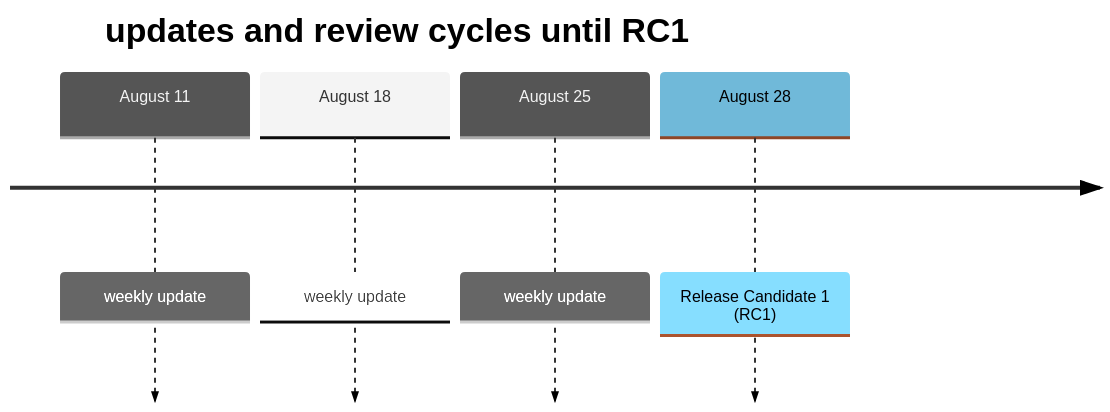
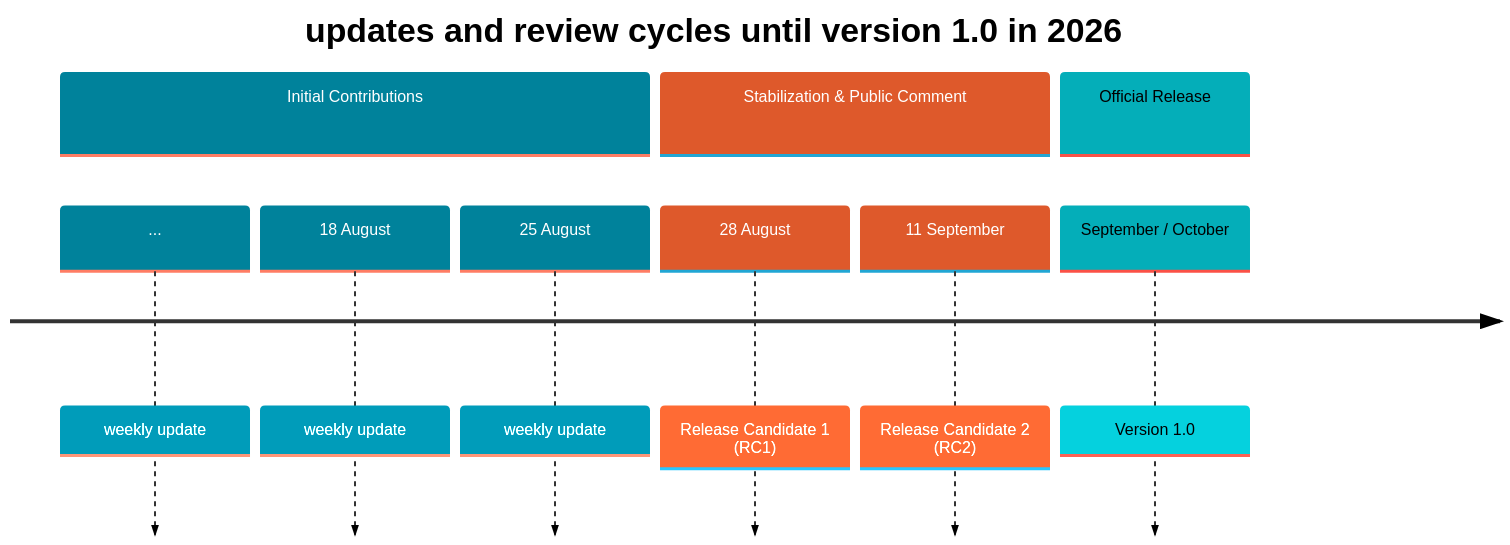
The second of 2 diagrams in CONTRIBUTING.md (OpenChain-Project/CRA-Compliance), drawn with Mermaid before and after one commit. The commit also changed other lines of this file, not shown here.

````diff
--- a/CONTRIBUTING.md
+++ b/CONTRIBUTING.md
@@ -67,16 +81,25 @@
 ```mermaid
 ---
 config:
-  theme: 'neutral'
-  themeVariables:
-    cScale3: '#70B9D9'
-    cScaleLabel3: '#000000'
+   theme: 'neutral'
+   themeVariables:
+      cScale0: '#00829B'
+      cScaleLabel0: '#FFFFFF'
+      cScale1: '#DE592B'
+      cScaleLabel1: '#FFFFFF'
+      cScale2: '#04AEB9'
+      cScaleLabel2: '#000000'
 ---
 timeline
-    title updates and review cycles until RC1
-    August 11 : weekly update
-    August 18 : weekly update
-    August 25 : weekly update
-    August 28 : Release Candidate 1 (RC1)
+   title updates and review cycles until version 1.0 in 2026
+   section Initial Contributions
+      ... : weekly update
+      18 August : weekly update
+      25 August : weekly update
+   section Stabilization & Public Comment
+      28 August : Release Candidate 1 (RC1)
+      11 September : Release Candidate 2 (RC2)
+   section Official Release
+      September / October : Version 1.0
 
 ```
````
